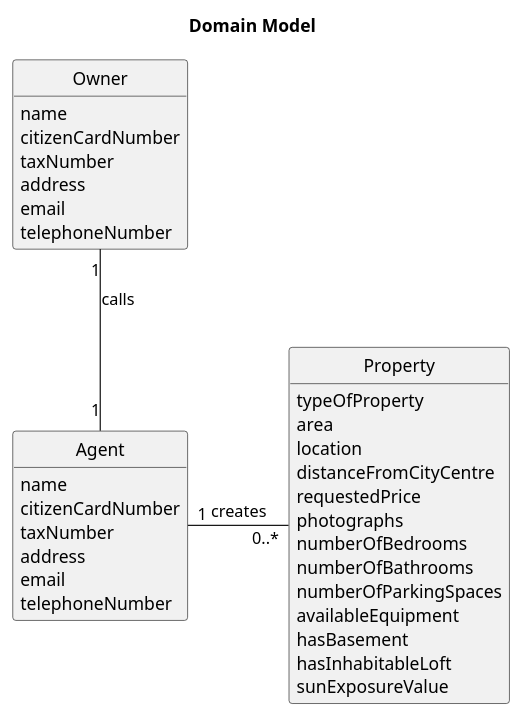
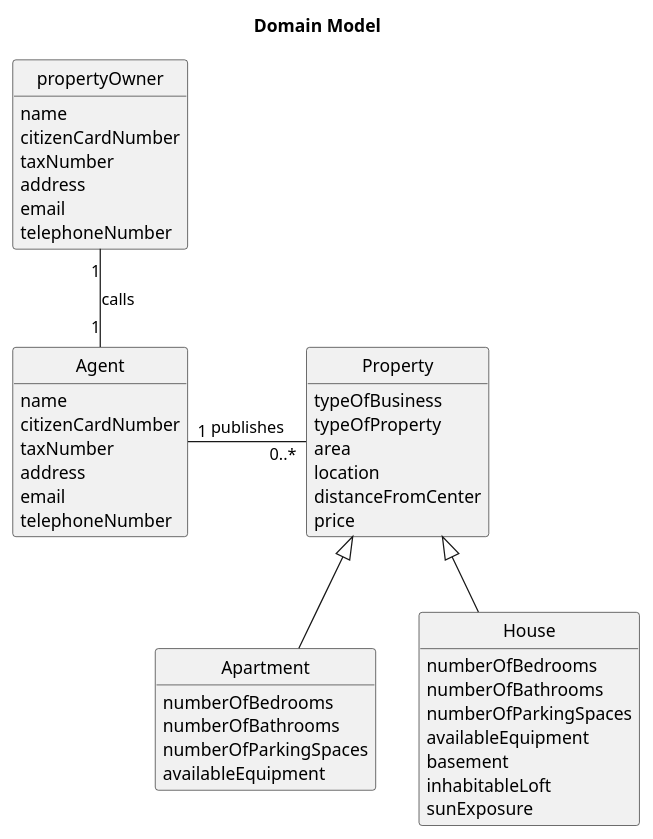
Before and after one commit to Goncalves2525/real-estate-management-system: the diagram in docs/sprintA/us002/02.analysis/puml/us002-domain-model.puml, drawn with PlantUML. The commit also changed 8 other files, not shown here.

```diff
--- a/docs/sprintA/us002/02.analysis/puml/us002-domain-model.puml
+++ b/docs/sprintA/us002/02.analysis/puml/us002-domain-model.puml
@@ -1,47 +1,80 @@
 @startuml
 skinparam monochrome true
 skinparam packageStyle rectangle
 skinparam shadowing false
 skinparam classAttributeIconSize 0
 hide circle
 hide methods
 
 title Domain Model
 
-class Owner {
+class propertyOwner {
     name
     citizenCardNumber
     taxNumber
     address
     email
     telephoneNumber
 }
 
 class Agent {
     name
     citizenCardNumber
     taxNumber
     address
     email
     telephoneNumber
 }
 
+'class Property{
+'    typeOfProperty
+'    area
+'    location
+'    distanceFromCityCentre
+'    requestedPrice
+'    photographs
+'    numberOfBedrooms
+'    numberOfBathrooms
+'    numberOfParkingSpaces
+'    availableEquipment
+'    hasBasement
+'    hasInhabitableLoft
+'    sunExposureValue
+'}
+
 class Property{
+    typeOfBusiness
     typeOfProperty
     area
     location
-    distanceFromCityCentre
-    requestedPrice
-    photographs
+    distanceFromCenter
+    price
+}
+
+class Apartment{
     numberOfBedrooms
     numberOfBathrooms
     numberOfParkingSpaces
     availableEquipment
-    hasBasement
-    hasInhabitableLoft
-    sunExposureValue
 }
 
-Owner "1" -- "1" Agent : calls
-Agent "1" - "0..*" Property: creates
+class House{
+    numberOfBedrooms
+    numberOfBathrooms
+    numberOfParkingSpaces
+    availableEquipment
+    basement
+    inhabitableLoft
+    sunExposure
+}
+
+'class Land{
+'
+'}
+
+propertyOwner "1" -- "1" Agent : calls
+Agent "1" - "0..*" Property: publishes
+Property <|-- House
+Property <|-- Apartment
+'Property <|-- Land
 @enduml
```
